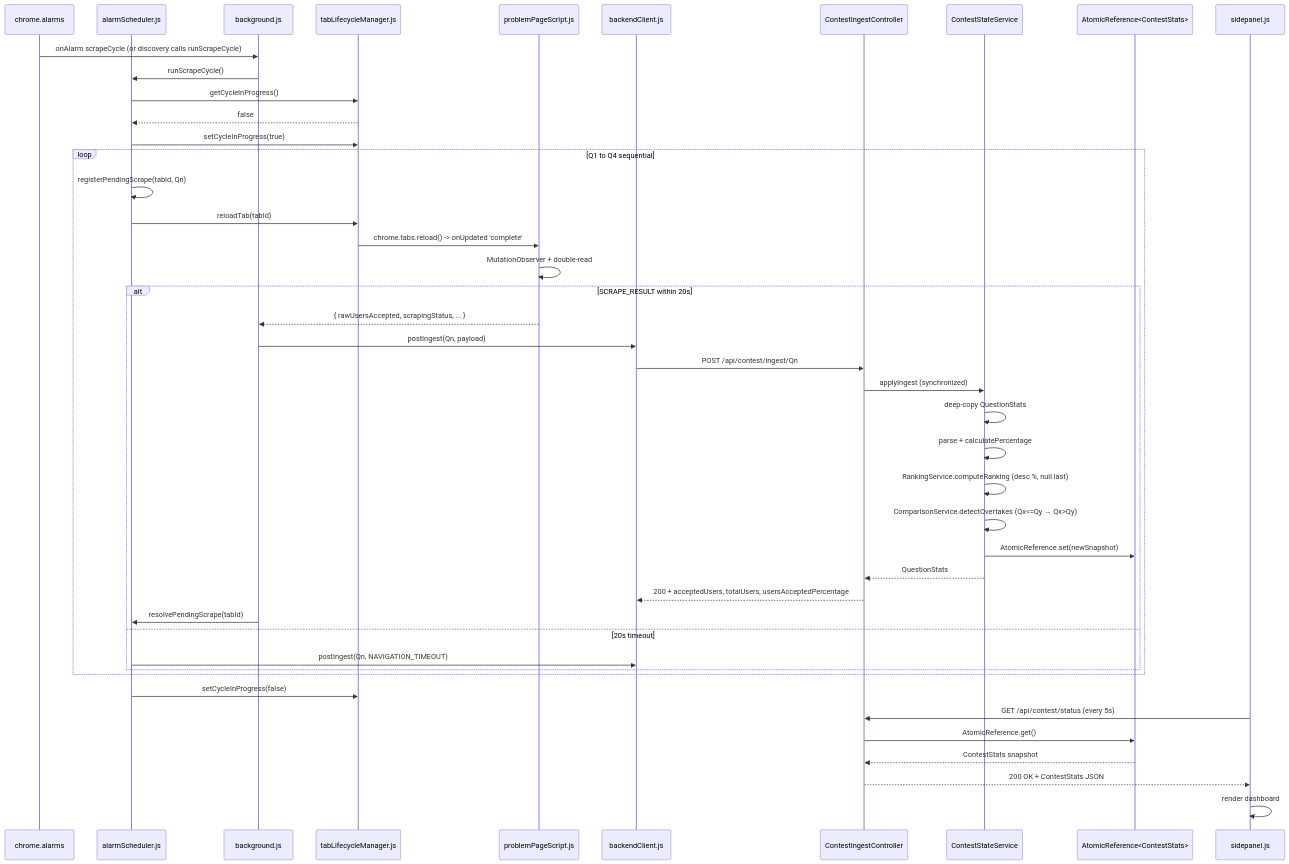
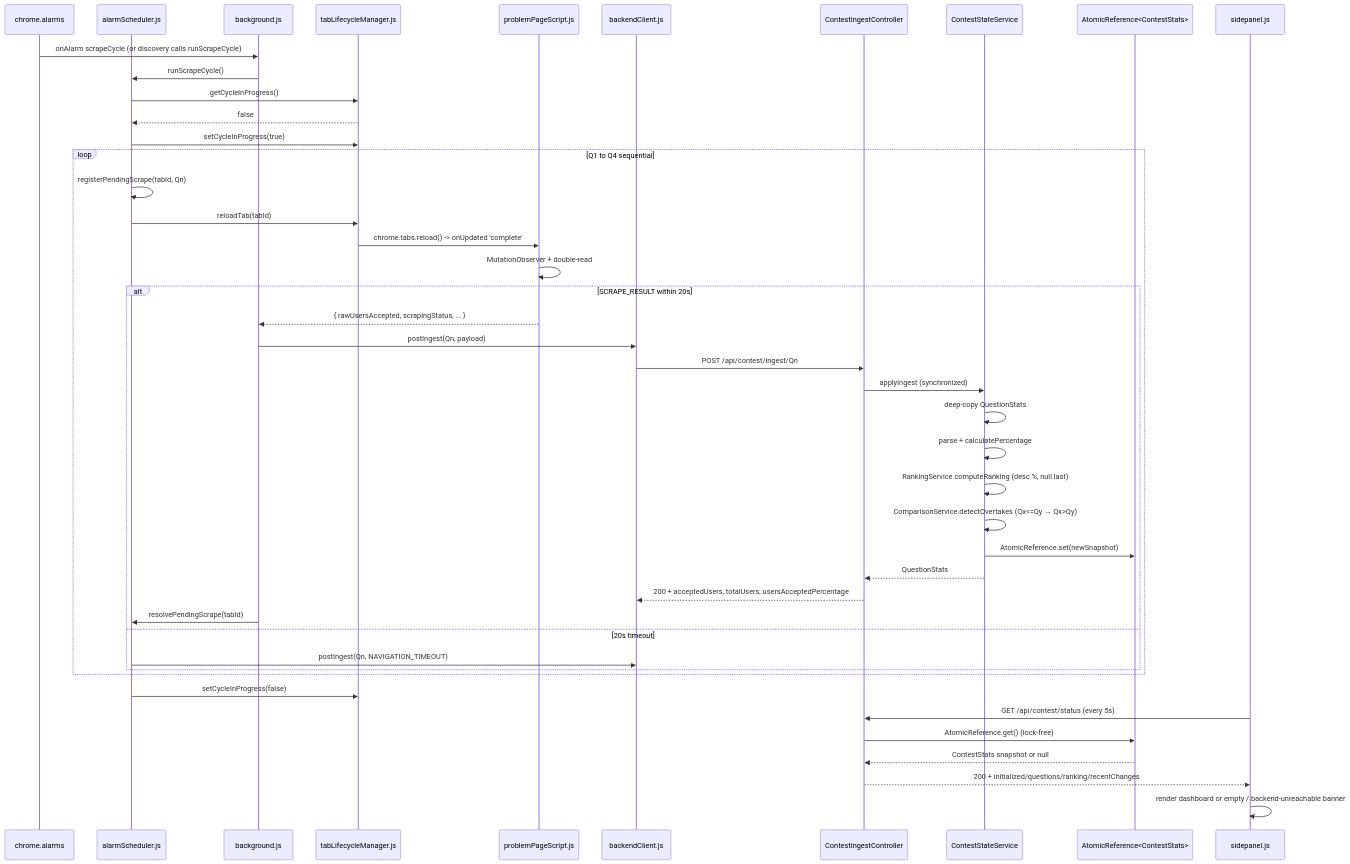
The diagram in FLOW.md (TLEtoAC/LC-Extension), drawn with Mermaid before and after one commit. The commit also changed 17 other files, not shown here.

First line of the commit message:
feat(phase10): expose status/health and render the side-panel dashboard

````diff
--- a/FLOW.md
+++ b/FLOW.md
@@ -48,47 +48,47 @@
 ```mermaid
 sequenceDiagram
     participant Alarm as chrome.alarms
     participant AS as alarmScheduler.js
     participant BG as background.js
     participant TLM as tabLifecycleManager.js
     participant CS as problemPageScript.js
     participant BC as backendClient.js
     participant API as ContestIngestController
     participant SVC as ContestStateService
     participant REF as AtomicReference<ContestStats>
     participant SP as sidepanel.js
 
     Alarm->>BG: onAlarm scrapeCycle (or discovery calls runScrapeCycle)
     BG->>AS: runScrapeCycle()
     AS->>TLM: getCycleInProgress()
     TLM-->>AS: false
     AS->>TLM: setCycleInProgress(true)
     loop Q1 to Q4 sequential
         AS->>AS: registerPendingScrape(tabId, Qn)
         AS->>TLM: reloadTab(tabId)
         TLM->>CS: chrome.tabs.reload() -> onUpdated 'complete'
         CS->>CS: MutationObserver + double-read
         alt SCRAPE_RESULT within 20s
             CS-->>BG: { rawUsersAccepted, scrapingStatus, ... }
             BG->>BC: postIngest(Qn, payload)
             BC->>API: POST /api/contest/ingest/Qn
             API->>SVC: applyIngest (synchronized)
             SVC->>SVC: deep-copy QuestionStats
             SVC->>SVC: parse + calculatePercentage
             SVC->>SVC: RankingService.computeRanking (desc %, null last)
             SVC->>SVC: ComparisonService.detectOvertakes (Qx<=Qy → Qx>Qy)
             SVC->>REF: AtomicReference.set(newSnapshot)
             SVC-->>API: QuestionStats
             API-->>BC: 200 + acceptedUsers, totalUsers, usersAcceptedPercentage
             BG->>AS: resolvePendingScrape(tabId)
         else 20s timeout
             AS->>BC: postIngest(Qn, NAVIGATION_TIMEOUT)
         end
     end
     AS->>TLM: setCycleInProgress(false)
     SP->>API: GET /api/contest/status (every 5s)
-    API->>REF: AtomicReference.get()
-    REF-->>API: ContestStats snapshot
-    API-->>SP: 200 OK + ContestStats JSON
-    SP->>SP: render dashboard
+    API->>REF: AtomicReference.get() (lock-free)
+    REF-->>API: ContestStats snapshot or null
+    API-->>SP: 200 + initialized/questions/ranking/recentChanges
+    SP->>SP: render dashboard or empty / backend-unreachable banner
 ```
````
